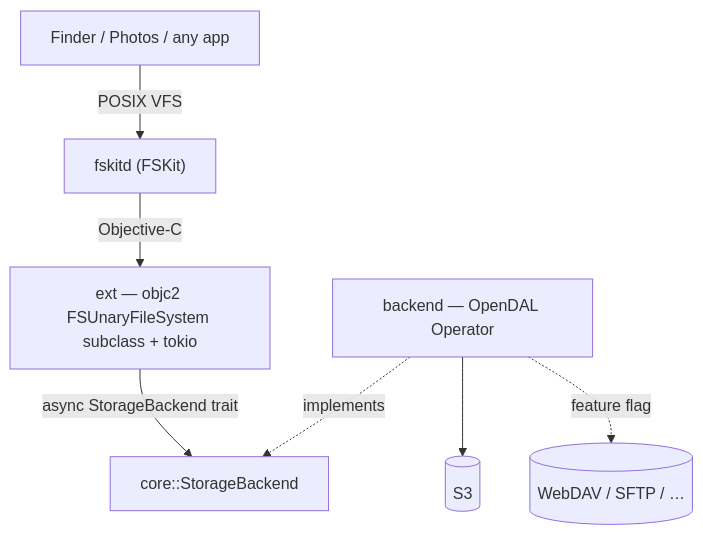
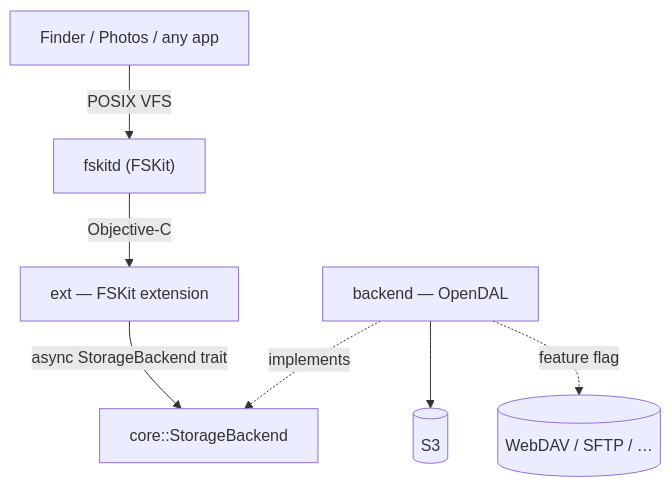
One commit to lucsoft/fskit-s3 changed the diagram in README.md. Above: the diagram before and after it, drawn with Mermaid. The commit also changed other lines of this file and 1 other file, not shown here.

````diff
--- a/README.md
+++ b/README.md
@@ -79,9 +52,9 @@
 ```mermaid
 flowchart TD
     apps["Finder / Photos / any app"] -->|POSIX VFS| fskitd["fskitd (FSKit)"]
-    fskitd -->|Objective-C| ext["ext&nbsp;— objc2 FSUnaryFileSystem subclass + tokio"]
+    fskitd -->|Objective-C| ext["ext — FSKit extension"]
     ext -->|"async StorageBackend trait"| core["core::StorageBackend"]
-    backend["backend — OpenDAL Operator"] -.implements.-> core
+    backend["backend — OpenDAL"] -.implements.-> core
     backend --> s3[("S3")]
     backend -.->|feature flag| more[("WebDAV / SFTP / …")]
 ```
````
